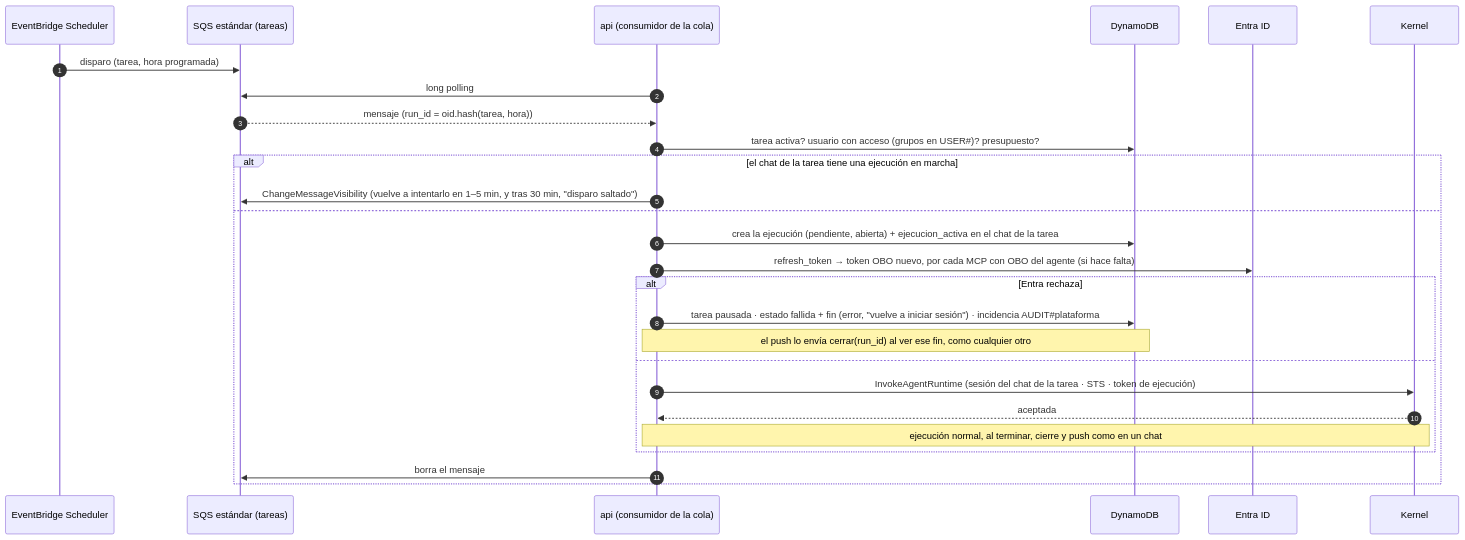
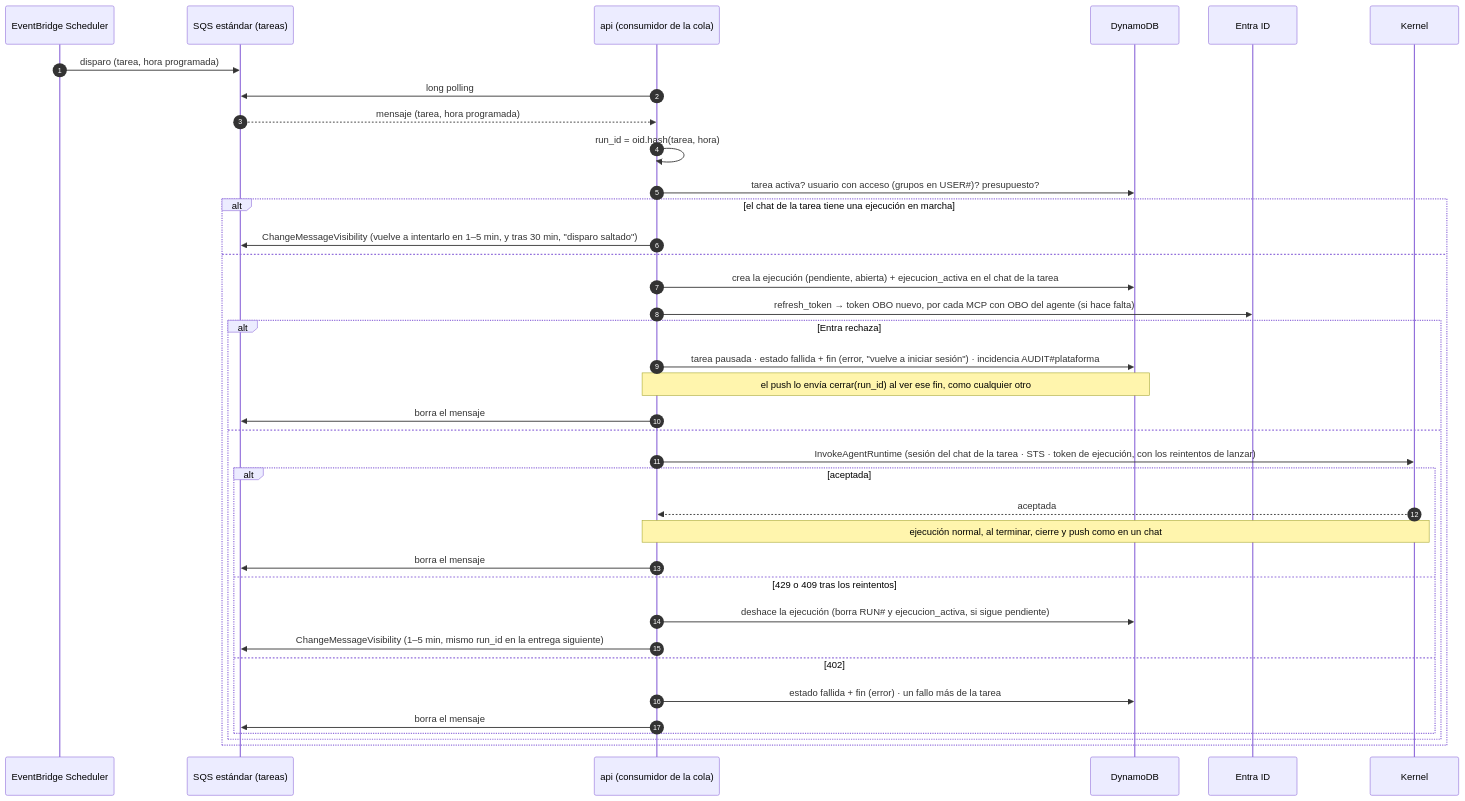
The ninth of 10 diagrams in docs/arquitectura-agentes.md (ikermendi/sample-agent-platform-with-agentcore), drawn with Mermaid before and after one commit. The commit also changed other lines of this file, not shown here.

````diff
--- a/docs/arquitectura-agentes.md
+++ b/docs/arquitectura-agentes.md
@@ -1181,30 +1202,40 @@
 ```mermaid
 sequenceDiagram
   autonumber
   participant S as EventBridge Scheduler
   participant Q as SQS estándar (tareas)
   participant API as api (consumidor de la cola)
   participant D as DynamoDB
   participant E as Entra ID
   participant K as Kernel
 
   S->>Q: disparo (tarea, hora programada)
   API->>Q: long polling
-  Q-->>API: mensaje (run_id = oid.hash(tarea, hora))
+  Q-->>API: mensaje (tarea, hora programada)
+  API->>API: run_id = oid.hash(tarea, hora)
   API->>D: tarea activa? usuario con acceso (grupos en USER#35;)? presupuesto?
   alt el chat de la tarea tiene una ejecución en marcha
     API->>Q: ChangeMessageVisibility (vuelve a intentarlo en 1–5 min, y tras 30 min, "disparo saltado")
   else
     API->>D: crea la ejecución (pendiente, abierta) + ejecucion_activa en el chat de la tarea
     API->>E: refresh_token → token OBO nuevo, por cada MCP con OBO del agente (si hace falta)
     alt Entra rechaza
       API->>D: tarea pausada · estado fallida + fin (error, "vuelve a iniciar sesión") · incidencia AUDIT#35;plataforma
       Note over API,D: el push lo envía cerrar(run_id) al ver ese fin, como cualquier otro
+      API->>Q: borra el mensaje
     else
-      API->>K: InvokeAgentRuntime (sesión del chat de la tarea · STS · token de ejecución)
-      K-->>API: aceptada
-      Note over API,K: ejecución normal, al terminar, cierre y push como en un chat
+      API->>K: InvokeAgentRuntime (sesión del chat de la tarea · STS · token de ejecución, con los reintentos de lanzar)
+      alt aceptada
+        K-->>API: aceptada
+        Note over API,K: ejecución normal, al terminar, cierre y push como en un chat
+        API->>Q: borra el mensaje
+      else 429 o 409 tras los reintentos
+        API->>D: deshace la ejecución (borra RUN#35; y ejecucion_activa, si sigue pendiente)
+        API->>Q: ChangeMessageVisibility (1–5 min, mismo run_id en la entrega siguiente)
+      else 402
+        API->>D: estado fallida + fin (error) · un fallo más de la tarea
+        API->>Q: borra el mensaje
+      end
     end
-    API->>Q: borra el mensaje
   end
 ```
````
